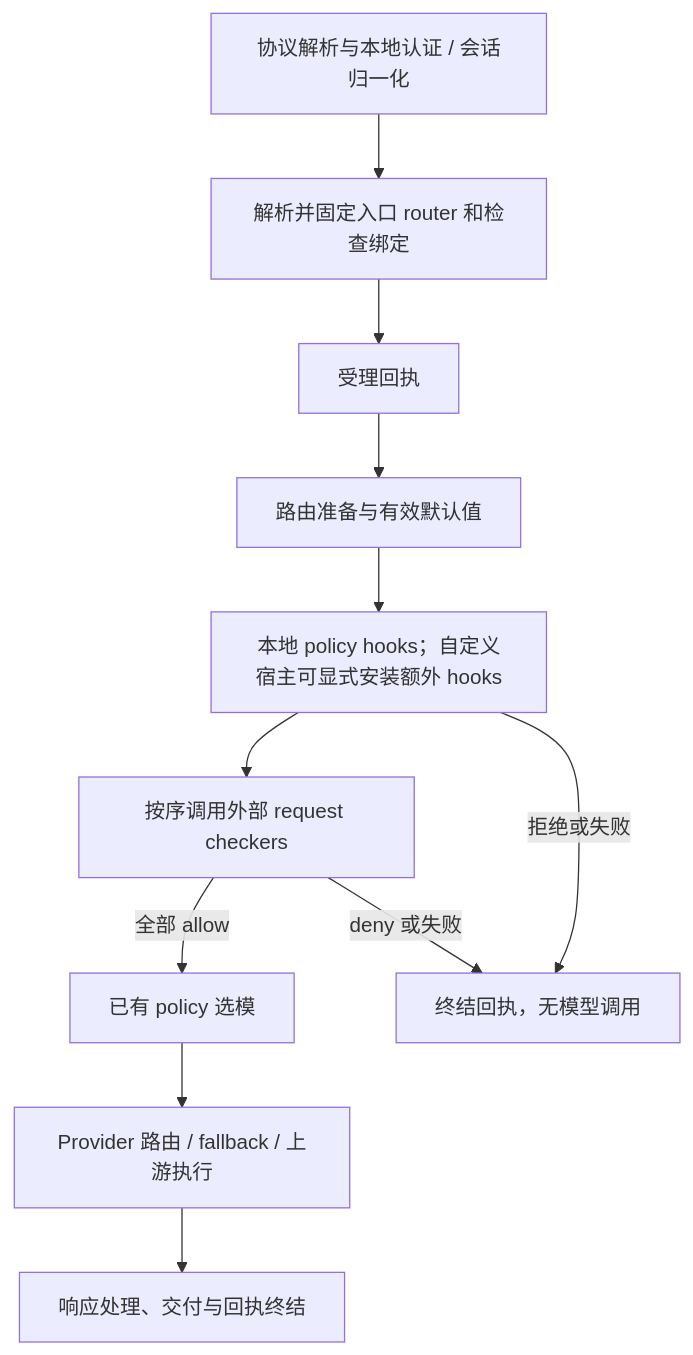
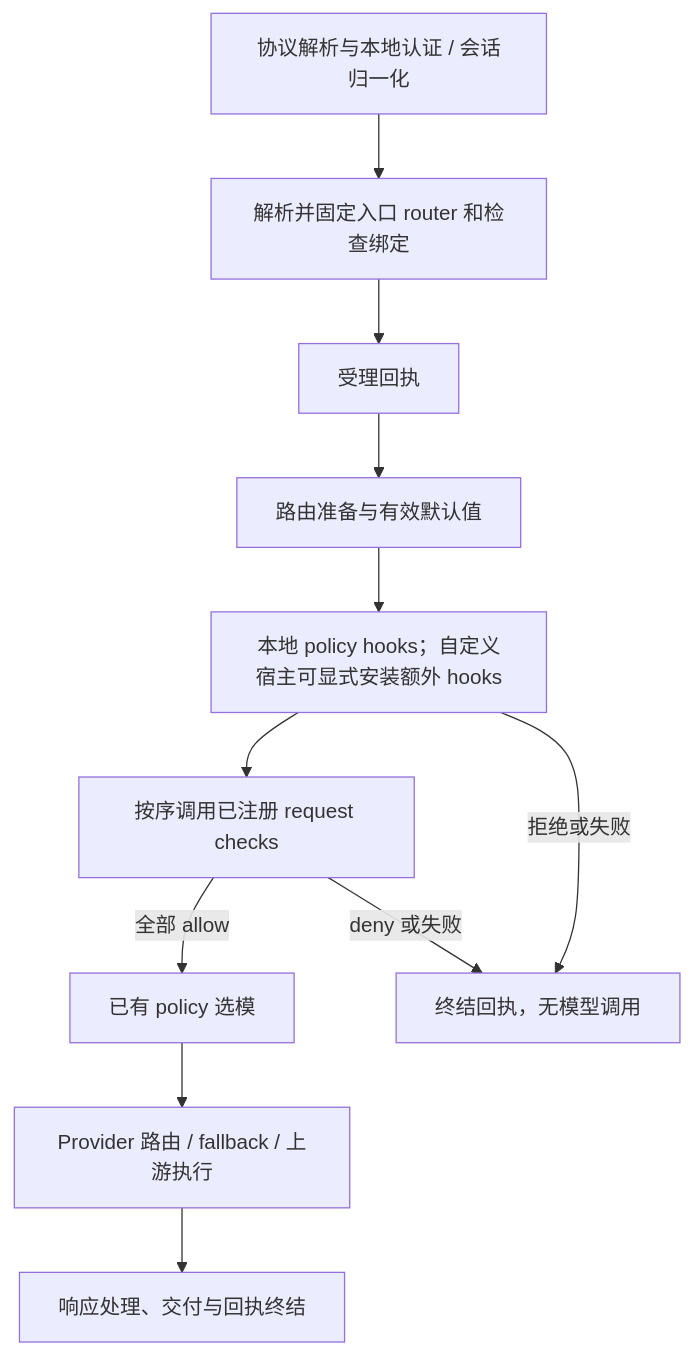
The diagram in docs/ROUTER_EXTENSION_SPEC.md (bitrouter/bitrouter), drawn with Mermaid before and after one commit. The commit also changed other lines of this file and 76 other files, not shown here.

````diff
--- a/docs/ROUTER_EXTENSION_SPEC.md
+++ b/docs/ROUTER_EXTENSION_SPEC.md
@@ -337,13 +148,13 @@
 ```mermaid
 flowchart TD
     A[协议解析与本地认证 / 会话归一化] --> B[解析并固定入口 router 和检查绑定]
     B --> C[受理回执]
     C --> D[路由准备与有效默认值]
     D --> E[本地 policy hooks；自定义宿主可显式安装额外 hooks]
-    E --> F[按序调用外部 request checkers]
+    E --> F[按序调用已注册 request checks]
     F -->|全部 allow| G[已有 policy 选模]
     G --> H[Provider 路由 / fallback / 上游执行]
     H --> I[响应处理、交付与回执终结]
     E -->|拒绝或失败| J[终结回执，无模型调用]
     F -->|deny 或失败| J
 ```
````
